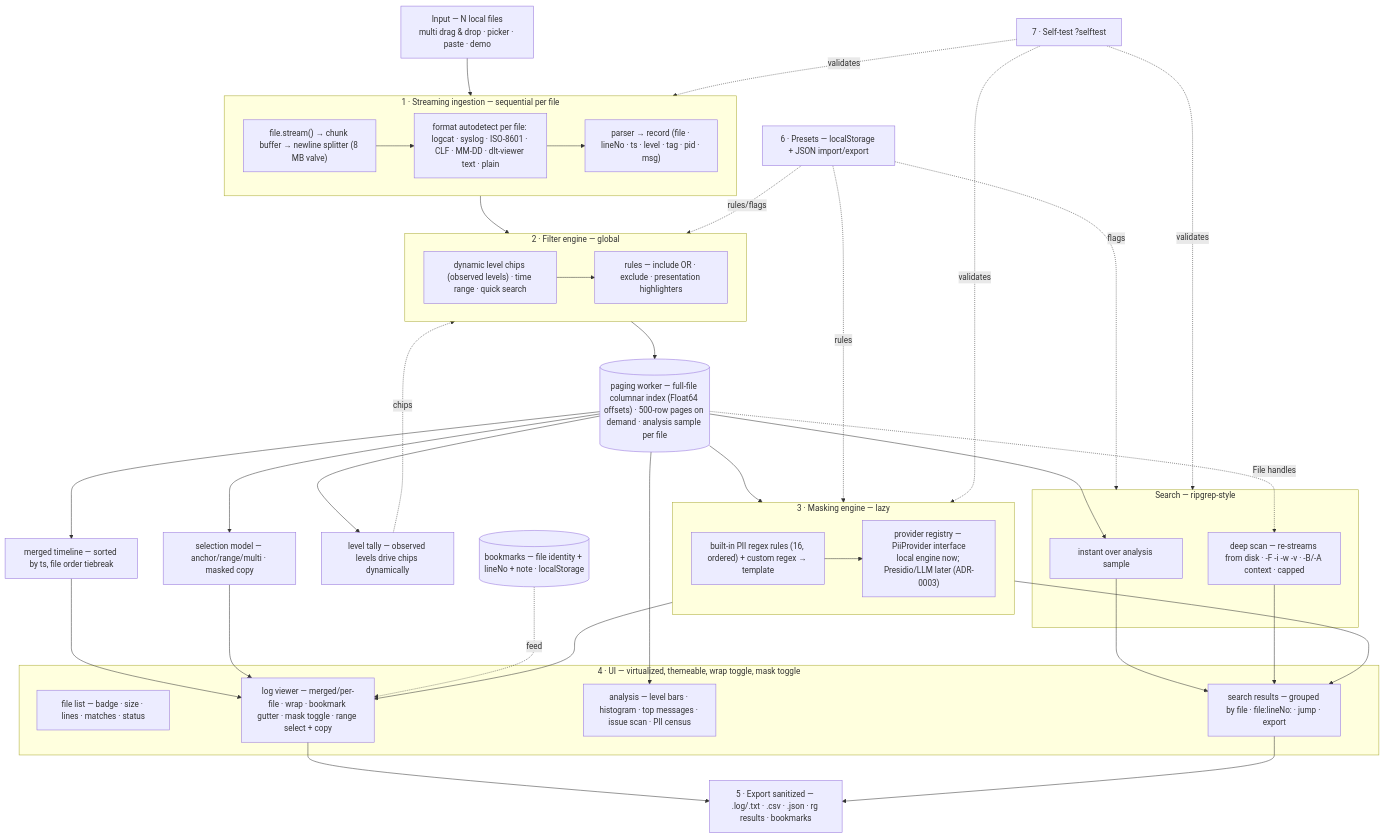
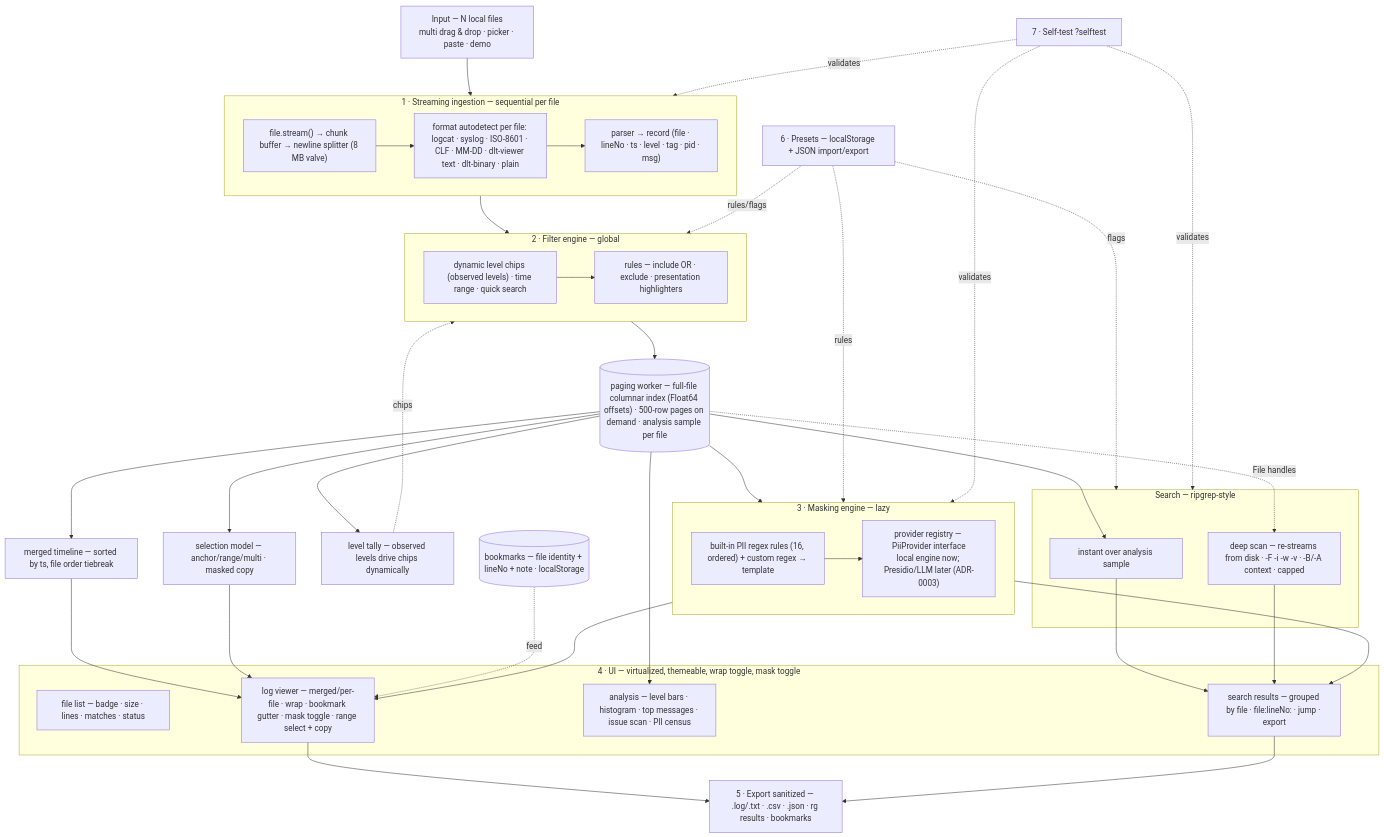
Before and after one commit to CJ-1981/log-triage: the diagram in docs/architecture.md, drawn with Mermaid. The commit also changed other lines of this file and 3 other files, not shown here.

First line of the commit message:
docs(dlt): backfill binary .dlt support into README and living documents

````diff
--- a/docs/architecture.md
+++ b/docs/architecture.md
@@ -5,58 +5,58 @@
 ```mermaid
 flowchart TD
     IN["Input — N local files<br>multi drag & drop · picker · paste · demo"]
     subgraph S1["1 · Streaming ingestion — sequential per file"]
         A1["file.stream() → chunk buffer → newline splitter (8 MB valve)"]
-        A2["format autodetect per file: logcat · syslog · ISO-8601 · CLF · MM-DD · dlt-viewer text · plain"]
+        A2["format autodetect per file: logcat · syslog · ISO-8601 · CLF · MM-DD · dlt-viewer text · dlt-binary · plain"]
         A3["parser → record (file · lineNo · ts · level · tag · pid · msg)"]
         A1 --> A2 --> A3
     end
     subgraph S2["2 · Filter engine — global"]
         B1["dynamic level chips (observed levels) · time range · quick search"]
         B2["rules — include OR · exclude · presentation highlighters"]
         B1 --> B2
     end
     STORE[("paging worker — full-file columnar index (Float64 offsets) · 500-row pages on demand · analysis sample per file")]
     LV["level tally — observed levels drive chips dynamically"]
     MERGE["merged timeline — sorted by ts, file order tiebreak"]
     subgraph S3["3 · Masking engine — lazy"]
         C1["built-in PII regex rules (16, ordered) + custom regex → template"]
         C2["provider registry — PiiProvider interface<br>local engine now; Presidio/LLM later (ADR-0003)"]
         C1 --> C2
     end
     subgraph SR["Search — ripgrep-style"]
         R1["instant over analysis sample"]
         R2["deep scan — re-streams from disk · -F -i -w -v · -B/-A context · capped"]
     end
     BM[("bookmarks — file identity + lineNo + note · localStorage")]
     SEL["selection model — anchor/range/multi · masked copy"]
     subgraph S4["4 · UI — virtualized, themeable, wrap toggle, mask toggle"]
         D0["file list — badge · size · lines · matches · status"]
         D1["log viewer — merged/per-file · wrap · bookmark gutter · mask toggle · range select + copy"]
         D2["analysis — level bars · histogram · top messages · issue scan · PII census"]
         D5["search results — grouped by file · file:lineNo: · jump · export"]
     end
     E1["5 · Export sanitized — .log/.txt · .csv · .json · rg results · bookmarks"]
     P["6 · Presets — localStorage + JSON import/export"]
     T["7 · Self-test ?selftest"]
     IN --> S1 --> S2 --> STORE
     STORE --> LV -. chips .-> S2
     STORE --> MERGE --> D1
     STORE --> S3 --> D1
     STORE --> SEL --> D1
     STORE --> R1
     STORE -. File handles .-> R2
     BM -. feed .-> D1
     S3 --> D5
     R1 --> D5
     R2 --> D5
     STORE --> D2
     D1 --> E1
     D5 --> E1
     P -. rules/flags .-> S2
     P -. rules .-> S3
     P -. flags .-> SR
     T -. validates .-> S1
     T -. validates .-> S3
     T -. validates .-> SR
 ```
````
